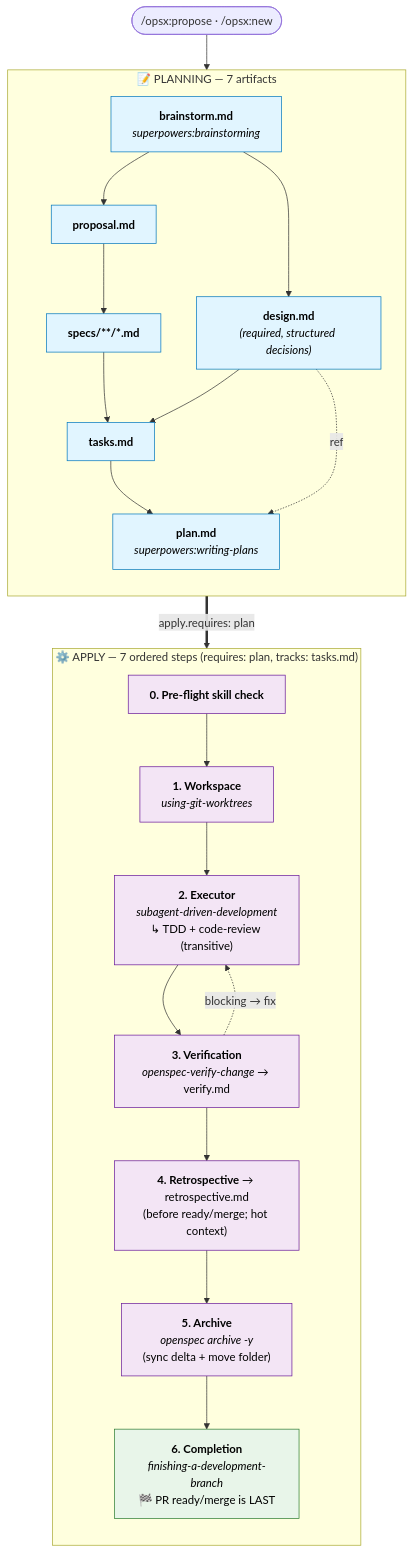
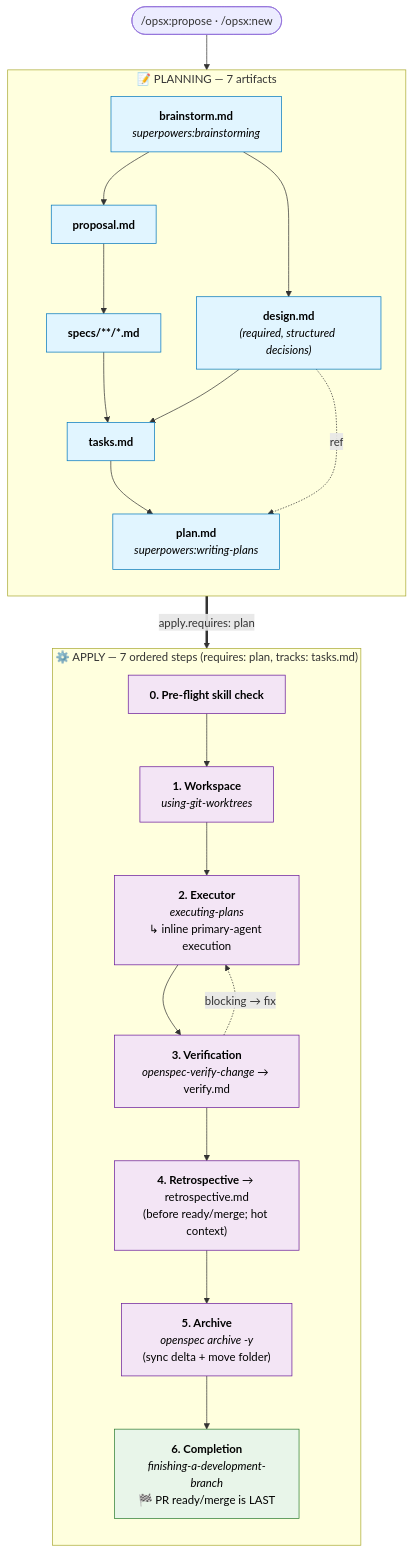
Before and after one commit to Aelvryx/mgba-wifi-link: the diagram in openspec/schemas/superpowers-bridge/README.md, drawn with Mermaid. The commit also changed other lines of this file and 5 other files, not shown here.

First line of the commit message:
Make OpenSpec execution inline by default (#32)

````diff
--- a/openspec/schemas/superpowers-bridge/README.md
+++ b/openspec/schemas/superpowers-bridge/README.md
@@ -221,48 +221,48 @@
 ```mermaid
 flowchart TD
     Start([/opsx:propose · /opsx:new])
 
     subgraph Plan ["📝 PLANNING — 7 artifacts"]
         direction TB
         BS["<b>brainstorm.md</b><br/><i>superpowers:brainstorming</i>"]
         PROP["<b>proposal.md</b>"]
         DES["<b>design.md</b><br/><i>(required, structured decisions)</i>"]
         SP["<b>specs/**/*.md</b>"]
         TK["<b>tasks.md</b>"]
         PL["<b>plan.md</b><br/><i>superpowers:writing-plans</i>"]
 
         BS --> PROP
         BS --> DES
         PROP --> SP
         SP --> TK
         DES --> TK
         TK --> PL
         DES -. ref .-> PL
     end
 
     subgraph Apply ["⚙️ APPLY — 7 ordered steps (requires: plan, tracks: tasks.md)"]
         direction TB
         A0["<b>0. Pre-flight skill check</b>"]
         A1["<b>1. Workspace</b><br/><i>using-git-worktrees</i>"]
-        A2["<b>2. Executor</b><br/><i>subagent-driven-development</i><br/>↳ TDD + code-review (transitive)"]
+        A2["<b>2. Executor</b><br/><i>executing-plans</i><br/>↳ inline primary-agent execution"]
         A3["<b>3. Verification</b><br/><i>openspec-verify-change</i> → verify.md"]
         A4["<b>4. Retrospective</b> → retrospective.md<br/>(before ready/merge; hot context)"]
         A5["<b>5. Archive</b><br/><i>openspec archive -y</i><br/>(sync delta + move folder)"]
         A6["<b>6. Completion</b><br/><i>finishing-a-development-branch</i><br/>🏁 PR ready/merge is LAST"]
 
         A0 --> A1 --> A2 --> A3
         A3 -. blocking → fix .-> A2
         A3 --> A4 --> A5 --> A6
     end
 
     Start --> BS
     PL ==>|apply.requires: plan| A0
 
     classDef artifact fill:#e1f5ff,stroke:#0277bd,color:#000
     classDef step fill:#f3e5f5,stroke:#6a1b9a,color:#000
     classDef capstone fill:#e8f5e9,stroke:#2e7d32,color:#000
 
     class BS,PROP,DES,SP,TK,PL artifact
     class A0,A1,A2,A3,A4,A5 step
     class A6 capstone
 ```
````
